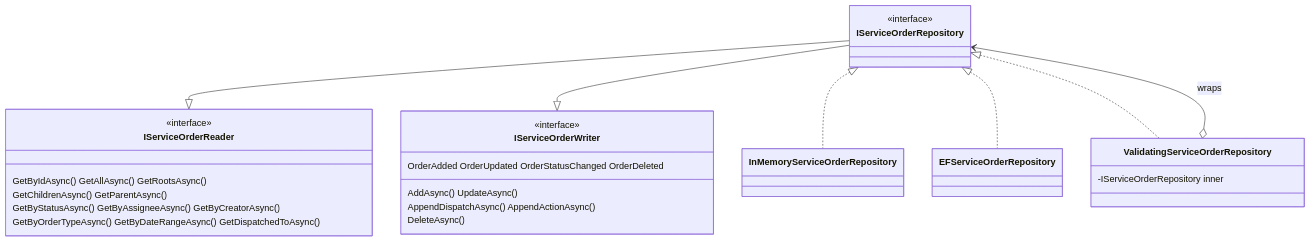
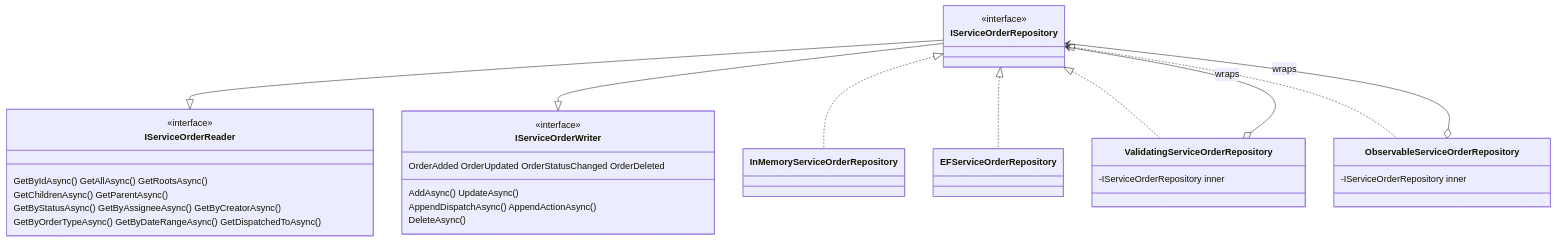
The fifth of 10 diagrams in ServiceOrder.md (yuniorsf/GeoAssets), drawn with Mermaid before and after one commit. The commit also changed other lines of this file and 5 other files, not shown here.

First line of the commit message:
feat(workflow): instrument ServiceOrder transitions with tracing and metrics (XD01-41)

````diff
--- a/ServiceOrder.md
+++ b/ServiceOrder.md
@@ -413,32 +413,37 @@
 ```mermaid
 classDiagram
     class IServiceOrderReader {
         <<interface>>
         GetByIdAsync() GetAllAsync() GetRootsAsync()
         GetChildrenAsync() GetParentAsync()
         GetByStatusAsync() GetByAssigneeAsync() GetByCreatorAsync()
         GetByOrderTypeAsync() GetByDateRangeAsync() GetDispatchedToAsync()
     }
     class IServiceOrderWriter {
         <<interface>>
         AddAsync() UpdateAsync()
         AppendDispatchAsync() AppendActionAsync()
         DeleteAsync()
         OrderAdded OrderUpdated OrderStatusChanged OrderDeleted
     }
     class IServiceOrderRepository {
         <<interface>>
     }
     class InMemoryServiceOrderRepository
     class EFServiceOrderRepository
     class ValidatingServiceOrderRepository {
         -IServiceOrderRepository inner
     }
+    class ObservableServiceOrderRepository {
+        -IServiceOrderRepository inner
+    }
 
     IServiceOrderRepository --|> IServiceOrderReader
     IServiceOrderRepository --|> IServiceOrderWriter
     IServiceOrderRepository <|.. InMemoryServiceOrderRepository
     IServiceOrderRepository <|.. EFServiceOrderRepository
     IServiceOrderRepository <|.. ValidatingServiceOrderRepository
+    IServiceOrderRepository <|.. ObservableServiceOrderRepository
     ValidatingServiceOrderRepository o--> IServiceOrderRepository : wraps
+    ObservableServiceOrderRepository o--> IServiceOrderRepository : wraps
 ```
````
